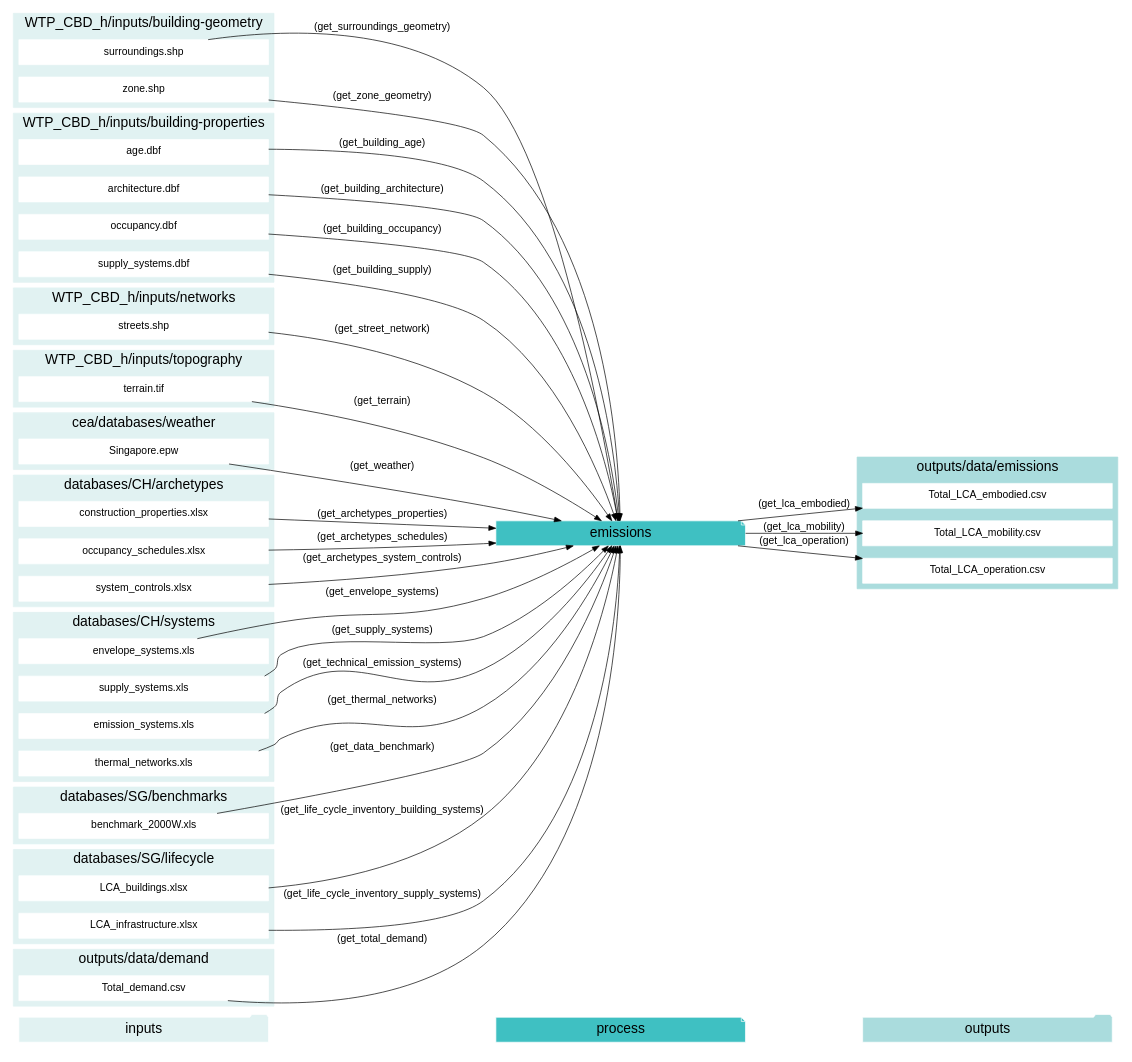
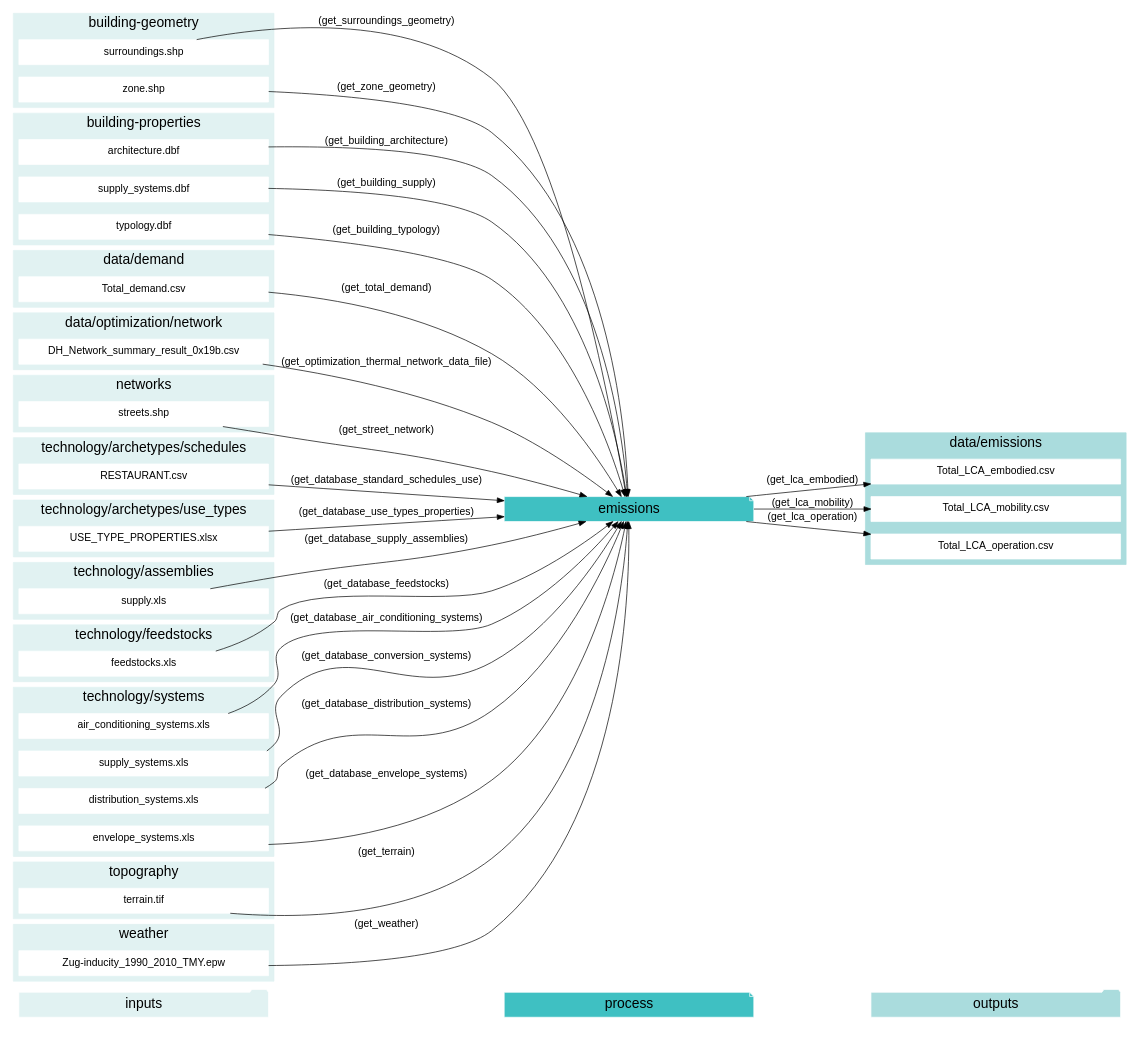
Diagram 16 of 20 in docs/script-data-flow.rst (architecture-building-systems/CityEnergyAnalyst), drawn with Graphviz before and after one commit. The commit also changed other lines of this file and 24 other files, not shown here.

```diff
--- a/docs/script-data-flow.rst
+++ b/docs/script-data-flow.rst
@@ -1189,7 +2372,7 @@
         color = "#E1F2F2";
         fontsize = 20;
         rank=same;
-        label="WTP_CBD_h/inputs/building-geometry";
+        label="building-geometry";
         "surroundings.shp"
         "zone.shp"
     }
@@ -1198,111 +2381,121 @@
         color = "#E1F2F2";
         fontsize = 20;
         rank=same;
-        label="WTP_CBD_h/inputs/building-properties";
-        "age.dbf"
+        label="building-properties";
         "architecture.dbf"
-        "occupancy.dbf"
         "supply_systems.dbf"
+        "typology.dbf"
     }
     subgraph cluster_2_in {
         style = filled;
         color = "#E1F2F2";
         fontsize = 20;
         rank=same;
-        label="WTP_CBD_h/inputs/networks";
-        "streets.shp"
+        label="data/demand";
+        "Total_demand.csv"
     }
-    subgraph cluster_3_in {
+    subgraph cluster_3_out {
         style = filled;
-        color = "#E1F2F2";
+        color = "#aadcdd";
         fontsize = 20;
         rank=same;
-        label="WTP_CBD_h/inputs/topography";
-        "terrain.tif"
+        label="data/emissions";
+        "Total_LCA_embodied.csv"
+        "Total_LCA_mobility.csv"
+        "Total_LCA_operation.csv"
     }
     subgraph cluster_4_in {
         style = filled;
         color = "#E1F2F2";
         fontsize = 20;
         rank=same;
-        label="cea/databases/weather";
-        "Singapore.epw"
+        label="data/optimization/network";
+        "DH_Network_summary_result_0x19b.csv"
     }
     subgraph cluster_5_in {
         style = filled;
         color = "#E1F2F2";
         fontsize = 20;
         rank=same;
-        label="databases/CH/archetypes";
-        "construction_properties.xlsx"
-        "occupancy_schedules.xlsx"
-        "system_controls.xlsx"
+        label="networks";
+        "streets.shp"
     }
     subgraph cluster_6_in {
         style = filled;
         color = "#E1F2F2";
         fontsize = 20;
         rank=same;
-        label="databases/CH/systems";
-        "envelope_systems.xls"
-        "supply_systems.xls"
-        "emission_systems.xls"
-        "thermal_networks.xls"
+        label="technology/archetypes/schedules";
+        "RESTAURANT.csv"
     }
     subgraph cluster_7_in {
         style = filled;
         color = "#E1F2F2";
         fontsize = 20;
         rank=same;
-        label="databases/SG/benchmarks";
-        "benchmark_2000W.xls"
+        label="technology/archetypes/use_types";
+        "USE_TYPE_PROPERTIES.xlsx"
     }
     subgraph cluster_8_in {
         style = filled;
         color = "#E1F2F2";
         fontsize = 20;
         rank=same;
-        label="databases/SG/lifecycle";
-        "LCA_buildings.xlsx"
-        "LCA_infrastructure.xlsx"
+        label="technology/assemblies";
+        "supply.xls"
     }
     subgraph cluster_9_in {
         style = filled;
         color = "#E1F2F2";
         fontsize = 20;
         rank=same;
-        label="outputs/data/demand";
-        "Total_demand.csv"
+        label="technology/feedstocks";
+        "feedstocks.xls"
     }
-    subgraph cluster_10_out {
+    subgraph cluster_10_in {
         style = filled;
-        color = "#aadcdd";
+        color = "#E1F2F2";
         fontsize = 20;
         rank=same;
-        label="outputs/data/emissions";
-        "Total_LCA_embodied.csv"
-        "Total_LCA_mobility.csv"
-        "Total_LCA_operation.csv"
+        label="technology/systems";
+        "air_conditioning_systems.xls"
+        "supply_systems.xls"
+        "distribution_systems.xls"
+        "envelope_systems.xls"
     }
-    "construction_properties.xlsx" -> "emissions"[label="(get_archetypes_properties)"]
-    "occupancy_schedules.xlsx" -> "emissions"[label="(get_archetypes_schedules)"]
-    "system_controls.xlsx" -> "emissions"[label="(get_archetypes_system_controls)"]
-    "age.dbf" -> "emissions"[label="(get_building_age)"]
+    subgraph cluster_11_in {
+        style = filled;
+        color = "#E1F2F2";
+        fontsize = 20;
+        rank=same;
+        label="topography";
+        "terrain.tif"
+    }
+    subgraph cluster_12_in {
+        style = filled;
+        color = "#E1F2F2";
+        fontsize = 20;
+        rank=same;
+        label="weather";
+        "Zug-inducity_1990_2010_TMY.epw"
+    }
     "architecture.dbf" -> "emissions"[label="(get_building_architecture)"]
-    "occupancy.dbf" -> "emissions"[label="(get_building_occupancy)"]
     "supply_systems.dbf" -> "emissions"[label="(get_building_supply)"]
-    "benchmark_2000W.xls" -> "emissions"[label="(get_data_benchmark)"]
+    "typology.dbf" -> "emissions"[label="(get_building_typology)"]
+    "air_conditioning_systems.xls" -> "emissions"[label="(get_database_air_conditioning_systems)"]
+    "supply_systems.xls" -> "emissions"[label="(get_database_conversion_systems)"]
+    "distribution_systems.xls" -> "emissions"[label="(get_database_distribution_systems)"]
+    "envelope_systems.xls" -> "emissions"[label="(get_database_envelope_systems)"]
+    "feedstocks.xls" -> "emissions"[label="(get_database_feedstocks)"]
+    "RESTAURANT.csv" -> "emissions"[label="(get_database_standard_schedules_use)"]
+    "supply.xls" -> "emissions"[label="(get_database_supply_assemblies)"]
+    "USE_TYPE_PROPERTIES.xlsx" -> "emissions"[label="(get_database_use_types_properties)"]
+    "DH_Network_summary_result_0x19b.csv" -> "emissions"[label="(get_optimization_thermal_network_data_file)"]
+    "streets.shp" -> "emissions"[label="(get_street_network)"]
     "surroundings.shp" -> "emissions"[label="(get_surroundings_geometry)"]
-    "envelope_systems.xls" -> "emissions"[label="(get_envelope_systems)"]
-    "LCA_buildings.xlsx" -> "emissions"[label="(get_life_cycle_inventory_building_systems)"]
-    "LCA_infrastructure.xlsx" -> "emissions"[label="(get_life_cycle_inventory_supply_systems)"]
-    "streets.shp" -> "emissions"[label="(get_street_network)"]
-    "supply_systems.xls" -> "emissions"[label="(get_supply_systems)"]
-    "emission_systems.xls" -> "emissions"[label="(get_technical_emission_systems)"]
     "terrain.tif" -> "emissions"[label="(get_terrain)"]
-    "thermal_networks.xls" -> "emissions"[label="(get_thermal_networks)"]
     "Total_demand.csv" -> "emissions"[label="(get_total_demand)"]
-    "Singapore.epw" -> "emissions"[label="(get_weather)"]
+    "Zug-inducity_1990_2010_TMY.epw" -> "emissions"[label="(get_weather)"]
     "zone.shp" -> "emissions"[label="(get_zone_geometry)"]
     "emissions" -> "Total_LCA_embodied.csv"[label="(get_lca_embodied)"]
     "emissions" -> "Total_LCA_mobility.csv"[label="(get_lca_mobility)"]
```
